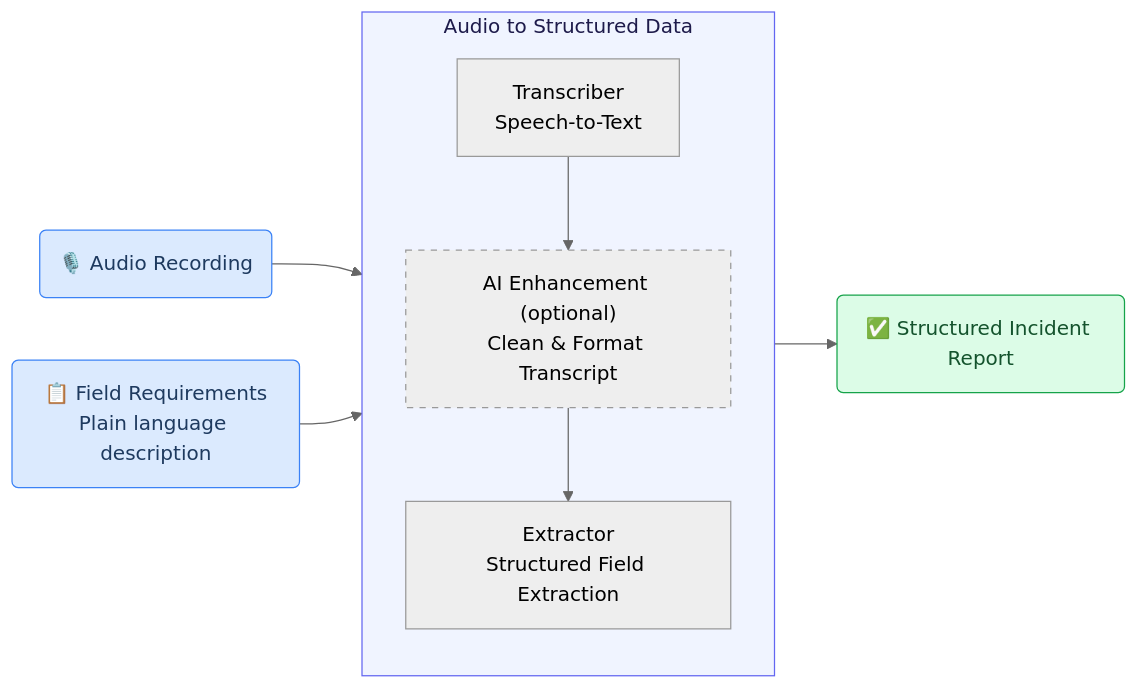
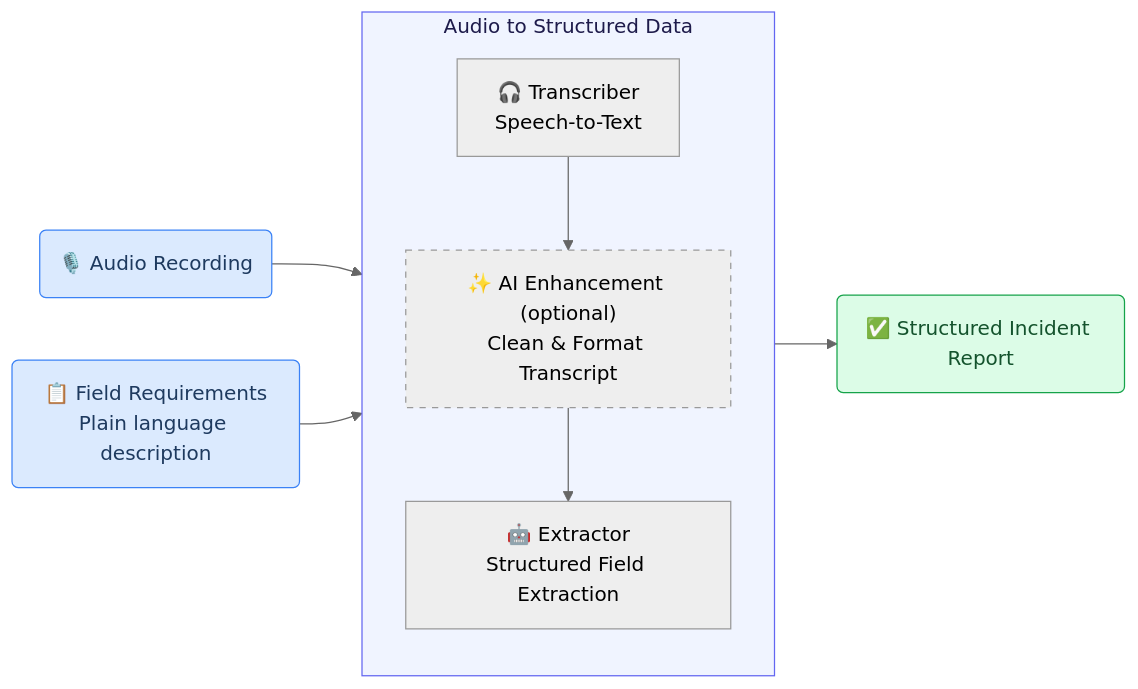
One commit to GAIK-project/gaik-toolkit changed the first of 4 diagrams in guidance_layer/website/content/docs/use-cases/incident-reporting.mdx. Above: the diagram before and after it, drawn with Mermaid (neutral theme).

Commit message:
docs(incident-reporting): add icons to pipeline steps in overview diagram
Headphones for Transcriber, sparkles for AI Enhancement, and robot for
Extractor — makes the three roles visually distinct and consistent with
the emoji vocabulary used in the downstream diagrams.

````diff
--- a/guidance_layer/website/content/docs/use-cases/incident-reporting.mdx
+++ b/guidance_layer/website/content/docs/use-cases/incident-reporting.mdx
@@ -123,21 +123,21 @@
 ```mermaid
 flowchart LR
     A("🎙️ Audio Recording") --> B
 
     subgraph B["Audio to Structured Data"]
         direction TB
-        T["Transcriber<br/>Speech-to-Text"]
-        E["AI Enhancement (optional)<br/>Clean & Format Transcript"]
-        X["Extractor<br/>Structured Field Extraction"]
+        T["🎧 Transcriber<br/>Speech-to-Text"]
+        E["✨ AI Enhancement (optional)<br/>Clean & Format Transcript"]
+        X["🤖 Extractor<br/>Structured Field Extraction"]
         T --> E --> X
     end
 
     C("📋 Field Requirements<br/>Plain language description") --> B
     B --> D("✅ Structured Incident Report")
 
     style A fill:#dbeafe,stroke:#3b82f6,color:#1e3a5f
     style C fill:#dbeafe,stroke:#3b82f6,color:#1e3a5f
     style D fill:#dcfce7,stroke:#16a34a,color:#14532d
     style B fill:#f0f4ff,stroke:#6366f1,color:#1e1b4b
     style E stroke-dasharray: 5 5
 ```
````
